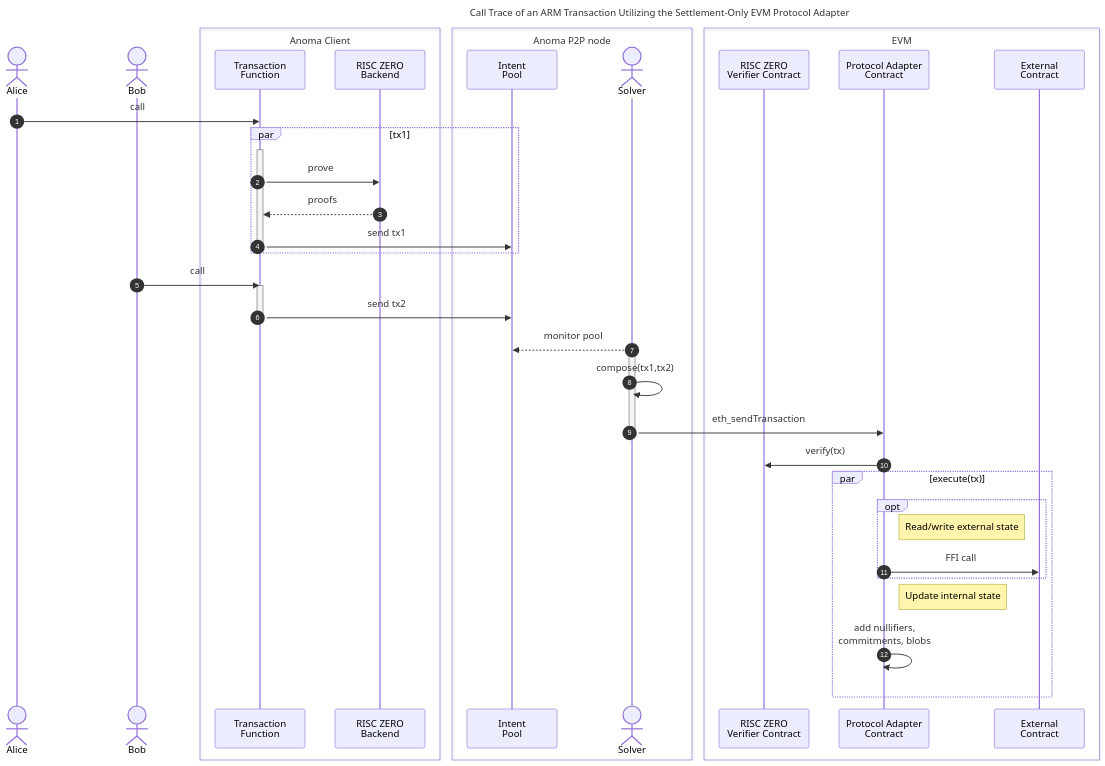
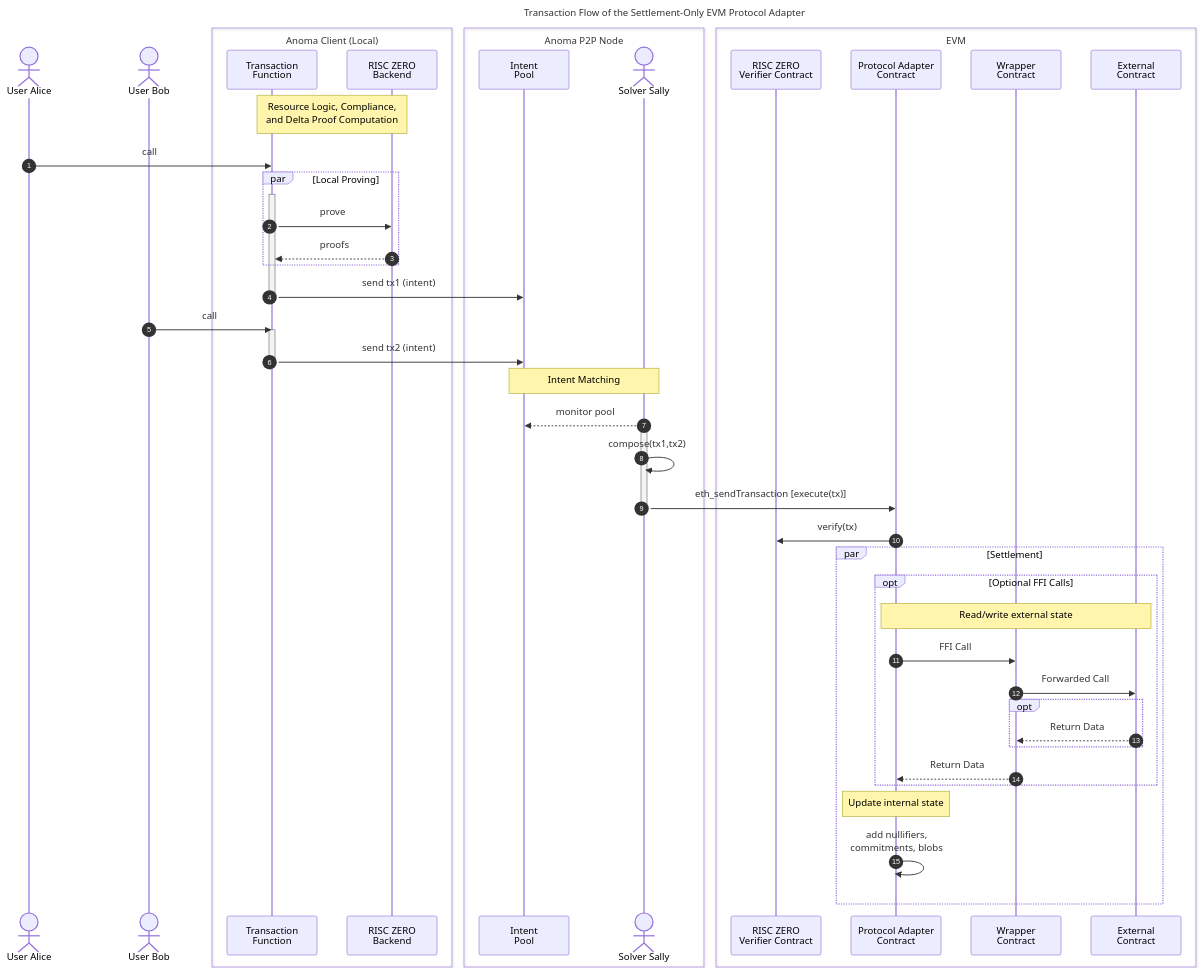
The second of 2 diagrams in docs/arch/integrations/adapters/evm.md (anoma/nspec), drawn with Mermaid before and after one commit. The commit also changed other lines of this file and 2 other files, not shown here.

````diff
--- a/docs/arch/integrations/adapters/evm.md
+++ b/docs/arch/integrations/adapters/evm.md
@@ -123,63 +268,69 @@
 ```mermaid
----
-title: Call Trace of an ARM Transaction
----
 sequenceDiagram
   autonumber
-  title: Call Trace of an ARM Transaction Utilizing the Settlement-Only EVM Protocol Adapter
+  title: Transaction Flow of the Settlement-Only EVM Protocol Adapter
 
-  actor Alice as Alice
-  actor Bob as Bob
 
-  box Anoma Client
+  actor Alice as User Alice
+  actor Bob as User Bob
+
+  Note over TF, R0B: Resource Logic, Compliance, <br> and Delta Proof Computation
+  box Anoma Client (Local)
     participant TF as Transaction<br>Function
     participant R0B as RISC ZERO<br>Backend 
   end
 
   Alice ->> TF: call
   
-  par tx1
-    activate TF
+  par Local Proving
+  activate TF
     TF ->> R0B: prove
     R0B -->> TF: proofs
-    TF ->> IP: send tx1
-    deactivate TF
   end
+  TF ->> IP: send tx1 (intent)
+  deactivate TF
 
   Bob ->> TF: call
+  
   activate TF
-    TF ->> IP: send tx2
+    TF ->> IP: send tx2 (intent)
   deactivate TF
   
-  box Anoma P2P node
+  Note over IP, Sally: Intent Matching
+  box Anoma P2P Node
     participant IP as Intent<br>Pool
-    actor Sally as Solver
+    actor Sally as Solver Sally
   end
-
 
   Sally -->> IP: monitor pool
   activate Sally
     Sally ->> Sally: compose(tx1,tx2)
 
     box EVM
       participant R0V as RISC ZERO<br>Verifier Contract 
       participant PA as Protocol Adapter<br>Contract
+      participant Wrapper as Wrapper<br>Contract
       participant Ext as External<br>Contract
     end
-    Sally ->> PA: eth_sendTransaction
+    Sally ->> PA: eth_sendTransaction [execute(tx)]
   deactivate Sally
 
   %%par verify(tx)
   PA ->> R0V: verify(tx)
   %%end
 
-  par execute(tx)
-    opt
-      Note right of PA: Read/write external state
-      PA ->> Ext: FFI call
+  par Settlement
+    opt Optional FFI Calls
+      Note over PA,Ext: Read/write external state
+      PA ->> Wrapper: FFI Call
+      Wrapper ->> Ext: Forwarded Call
+      opt 
+        Ext -->> Wrapper: Return Data
+      end
+      Wrapper -->> PA: Return Data
     end
-    Note right of PA: Update internal state
+    Note over PA: Update internal state
     PA ->> PA: add nullifiers,<br>commitments, blobs
   end
 
 ```
````
